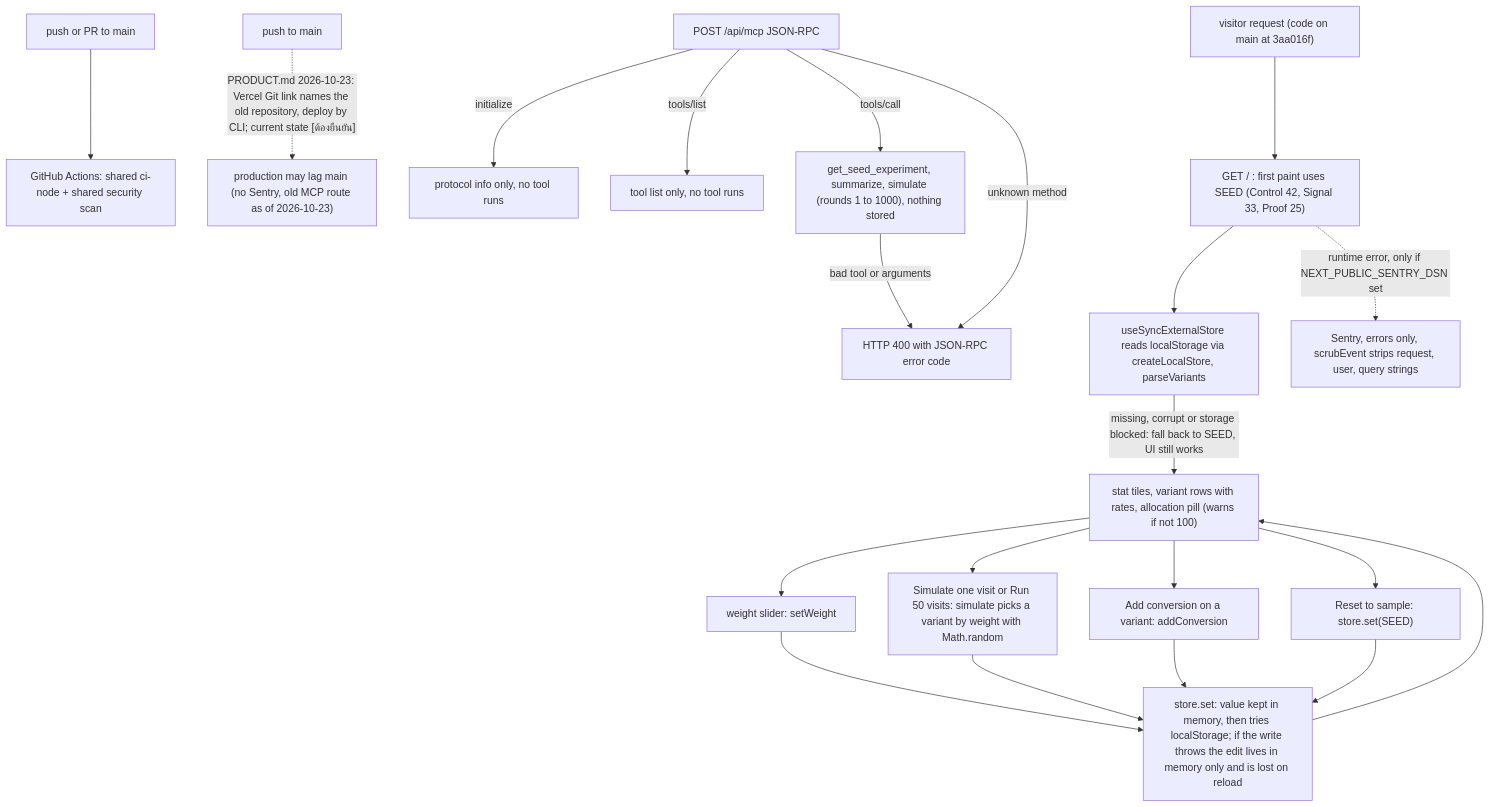
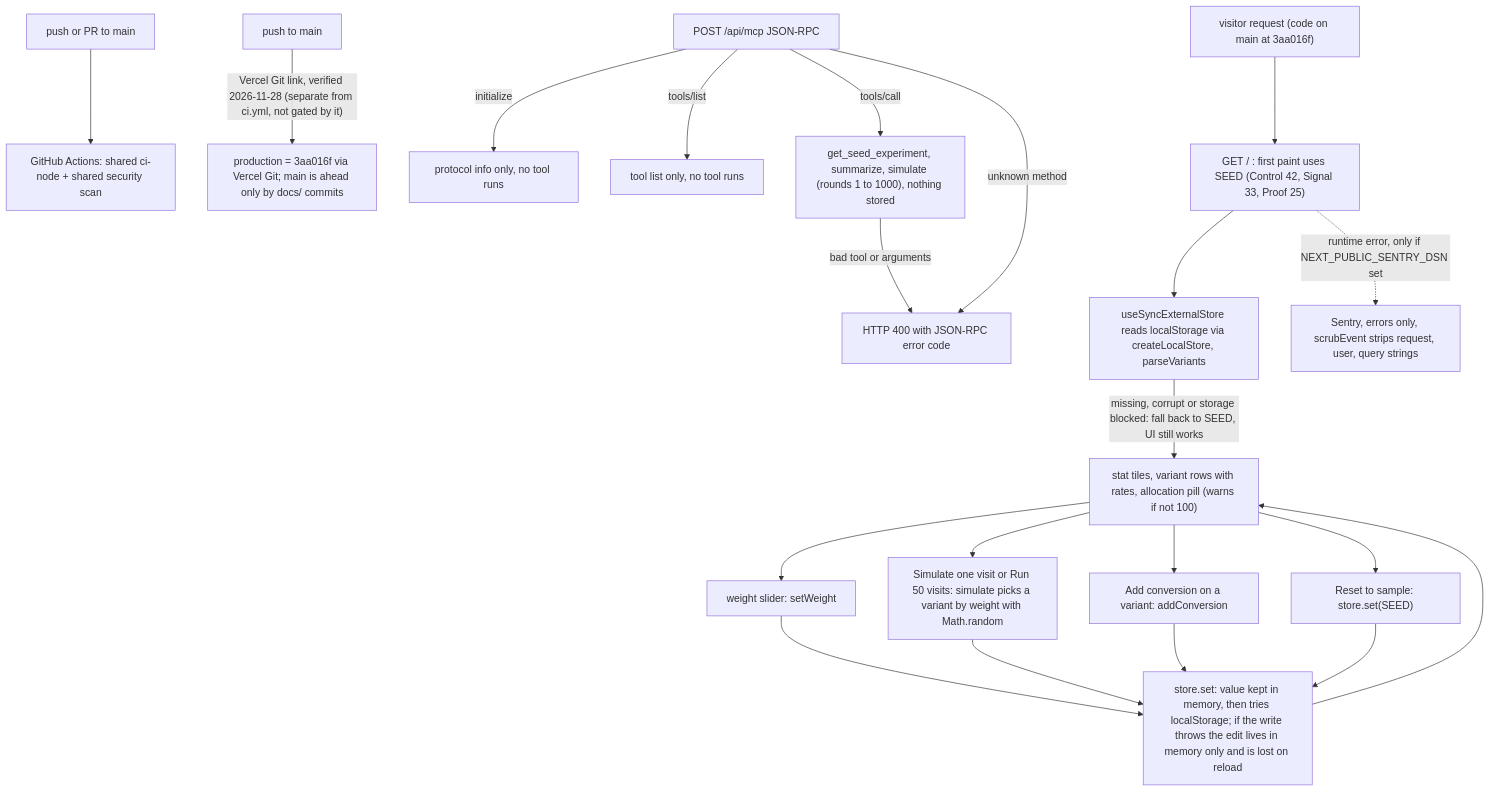
One commit to bookchaowalit-website/marketing-ab-testing-web changed the first of 2 diagrams in docs/diagrams/01-business-process.md. Above: the diagram before and after it, drawn with Mermaid. The commit also changed other lines of this file, not shown here.

Commit message:
docs: close Vercel Git link gap (D9), verified 2026-11-28

````diff
--- a/docs/diagrams/01-business-process.md
+++ b/docs/diagrams/01-business-process.md
@@ -9,23 +9,23 @@
 ```mermaid
 flowchart TD
   PUSH["push or PR to main"] --> CI["GitHub Actions: shared ci-node + shared security scan"]
-  MAIN["push to main"] -.->|"PRODUCT.md 2026-10-23: Vercel Git link names the old repository, deploy by CLI; current state [ต้องยืนยัน]"| PROD["production may lag main (no Sentry, old MCP route as of 2026-10-23)"]
+  MAIN["push to main"] -->|"Vercel Git link, verified 2026-11-28 (separate from ci.yml, not gated by it)"| PROD["production = 3aa016f via Vercel Git; main is ahead only by docs/ commits"]
   VISIT["visitor request (code on main at 3aa016f)"] --> PAGE["GET / : first paint uses SEED (Control 42, Signal 33, Proof 25)"]
   PAGE --> LOAD["useSyncExternalStore reads localStorage via createLocalStore, parseVariants"]
   LOAD -->|"missing, corrupt or storage blocked: fall back to SEED, UI still works"| UI["stat tiles, variant rows with rates, allocation pill (warns if not 100)"]
   UI --> W["weight slider: setWeight"]
   UI --> SIM["Simulate one visit or Run 50 visits: simulate picks a variant by weight with Math.random"]
   UI --> CONV["Add conversion on a variant: addConversion"]
   UI --> RESET["Reset to sample: store.set(SEED)"]
   W --> SAVE["store.set: value kept in memory, then tries localStorage; if the write throws the edit lives in memory only and is lost on reload"]
   SIM --> SAVE
   CONV --> SAVE
   RESET --> SAVE
   SAVE --> UI
   MCP["POST /api/mcp JSON-RPC"] -->|"initialize"| INIT["protocol info only, no tool runs"]
   MCP -->|"tools/list"| LIST["tool list only, no tool runs"]
   MCP -->|"tools/call"| TOOLS["get_seed_experiment, summarize, simulate (rounds 1 to 1000), nothing stored"]
   MCP -->|"unknown method"| ERR["HTTP 400 with JSON-RPC error code"]
   TOOLS -->|"bad tool or arguments"| ERR
   PAGE -.->|"runtime error, only if NEXT_PUBLIC_SENTRY_DSN set"| SENTRY["Sentry, errors only, scrubEvent strips request, user, query strings"]
 ```
````
